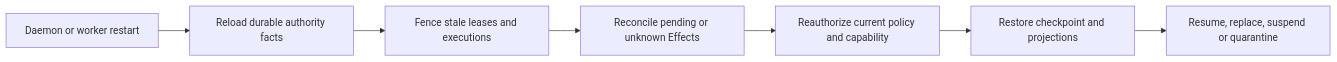
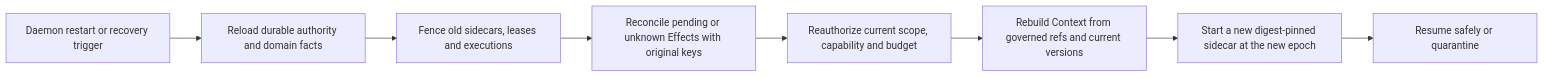
One commit to agentkernel/cognitive-os changed the second of 2 diagrams in docs/architecture/personal/authority-data-and-recovery.md. Above: the diagram before and after it, drawn with Mermaid. The commit also changed other lines of this file and 22 other files, not shown here.

````diff
--- a/docs/architecture/personal/authority-data-and-recovery.md
+++ b/docs/architecture/personal/authority-data-and-recovery.md
@@ -105,9 +155,10 @@
 ```mermaid
 flowchart LR
-  restart["Daemon or worker restart"] --> reload["Reload durable authority facts"]
-  reload --> fence["Fence stale leases and executions"]
-  fence --> reconcile["Reconcile pending or unknown Effects"]
-  reconcile --> reauthorize["Reauthorize current policy and capability"]
-  reauthorize --> restore["Restore checkpoint and projections"]
-  restore --> decide["Resume, replace, suspend or quarantine"]
+  restart["Daemon restart or recovery trigger"] --> reload["Reload durable authority and domain facts"]
+  reload --> fence["Fence old sidecars, leases and executions"]
+  fence --> reconcile["Reconcile pending or unknown Effects with original keys"]
+  reconcile --> reauthorize["Reauthorize current scope, capability and budget"]
+  reauthorize --> rebuildContext["Rebuild Context from governed refs and current versions"]
+  rebuildContext --> restartSidecar["Start a new digest-pinned sidecar at the new epoch"]
+  restartSidecar --> decide["Resume safely or quarantine"]
 ```
````
